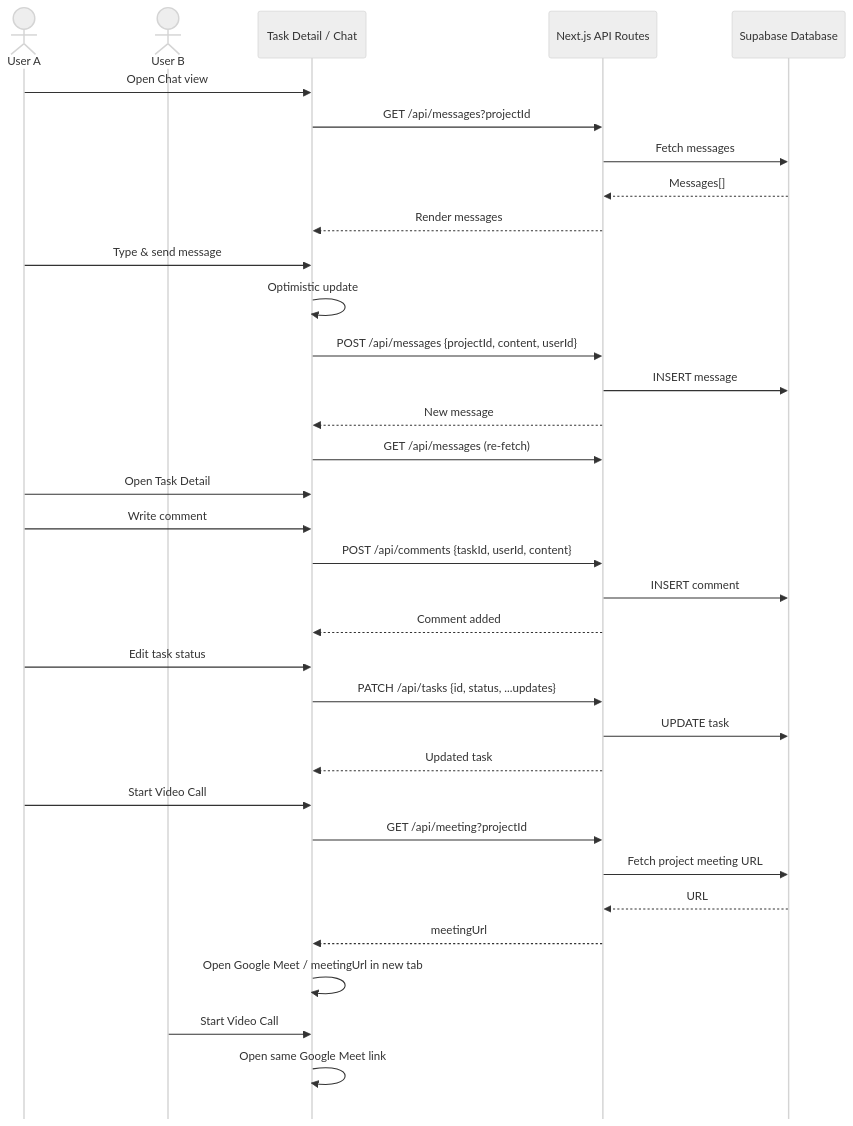
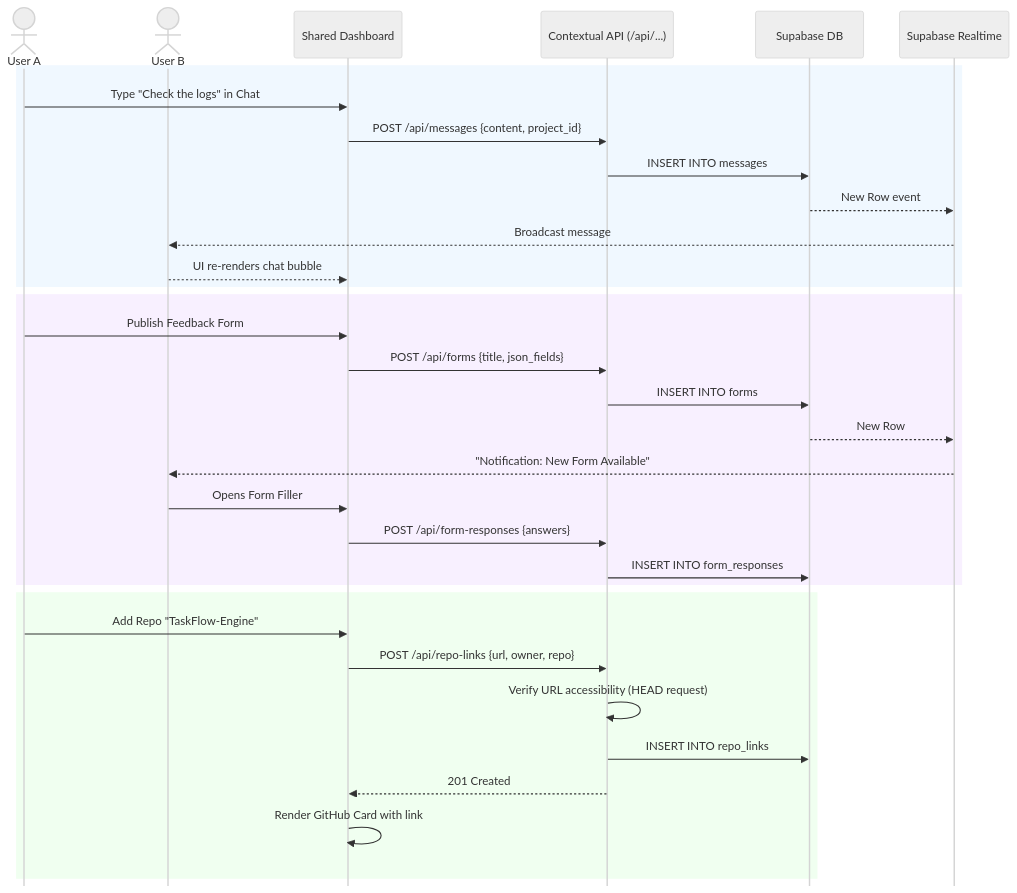
Before and after one commit to AndrewJerryV/TaskFlow-Mini_Project: the diagram in diagrams/10-contextual-collaboration.mmd, drawn with Mermaid (neutral theme). The commit also changed 22 other files, not shown here.

Commit message:
feat: Implement core application pages for team, projects, and settings, along with essential UI components and comprehensive design diagrams.

```diff
--- a/diagrams/10-contextual-collaboration.mmd
+++ b/diagrams/10-contextual-collaboration.mmd
@@ -1,40 +1,37 @@
 %%{init: {"sequence": {"mirrorActors": false}}}%%
 sequenceDiagram
     actor UserA as User A
     actor UserB as User B
-    participant UI as Task Detail / Chat
-    participant API as Next.js API Routes
-    participant DB as Supabase Database
+    participant Dashboard as Shared Dashboard
+    participant API as Contextual API (/api/...)
+    participant DB as Supabase DB
+    participant RT as Supabase Realtime
 
-    UserA->>UI: Open Chat view
-    UI->>API: GET /api/messages?projectId
-    API->>DB: Fetch messages
-    DB-->>API: Messages[]
-    API-->>UI: Render messages
+    rect rgb(240, 248, 255)
+    UserA->>Dashboard: Type "Check the logs" in Chat
+    Dashboard->>API: POST /api/messages {content, project_id}
+    API->>DB: INSERT INTO messages
+    DB-->>RT: New Row event
+    RT-->>UserB: Broadcast message
+    UserB-->>Dashboard: UI re-renders chat bubble
+    end
 
-    UserA->>UI: Type & send message
-    UI->>UI: Optimistic update
-    UI->>API: POST /api/messages {projectId, content, userId}
-    API->>DB: INSERT message
-    API-->>UI: New message
-    UI->>API: GET /api/messages (re-fetch)
+    rect rgb(248, 240, 255)
+    UserA->>Dashboard: Publish Feedback Form
+    Dashboard->>API: POST /api/forms {title, json_fields}
+    API->>DB: INSERT INTO forms
+    DB-->>RT: New Row
+    RT-->>UserB: "Notification: New Form Available"
+    UserB->>Dashboard: Opens Form Filler
+    Dashboard->>API: POST /api/form-responses {answers}
+    API->>DB: INSERT INTO form_responses
+    end
 
-    UserA->>UI: Open Task Detail
-    UserA->>UI: Write comment
-    UI->>API: POST /api/comments {taskId, userId, content}
-    API->>DB: INSERT comment
-    API-->>UI: Comment added
-
-    UserA->>UI: Edit task status
-    UI->>API: PATCH /api/tasks {id, status, ...updates}
-    API->>DB: UPDATE task
-    API-->>UI: Updated task
-
-    UserA->>UI: Start Video Call
-    UI->>API: GET /api/meeting?projectId
-    API->>DB: Fetch project meeting URL
-    DB-->>API: URL
-    API-->>UI: meetingUrl
-    UI->>UI: Open Google Meet / meetingUrl in new tab
-    UserB->>UI: Start Video Call
-    UI->>UI: Open same Google Meet link
+    rect rgb(240, 255, 240)
+    UserA->>Dashboard: Add Repo "TaskFlow-Engine"
+    Dashboard->>API: POST /api/repo-links {url, owner, repo}
+    API->>API: Verify URL accessibility (HEAD request)
+    API->>DB: INSERT INTO repo_links
+    API-->>Dashboard: 201 Created
+    Dashboard->>Dashboard: Render GitHub Card with link
+    end
```
